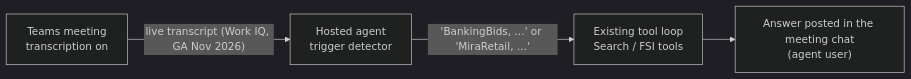
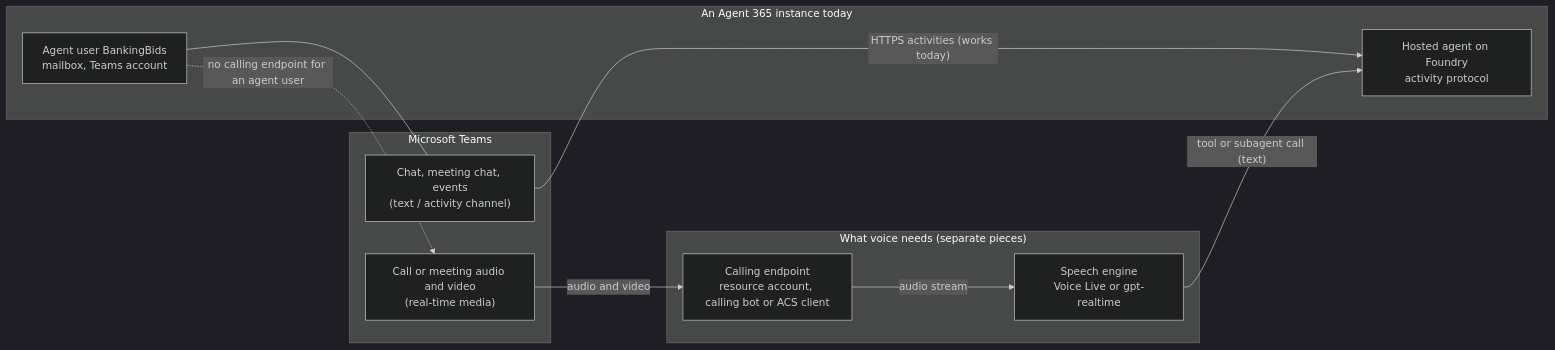
Before and after one commit to san360/foundry-autopilot: the first of 2 diagrams in docs/16-voice-and-meetings.md, drawn with Mermaid (dark theme). The commit also changed other lines of this file and 2 other files, not shown here.

First line of the commit message:
docs(16): re-research Teams voice, meetings and avatars for autopilots (#1)

````diff
--- a/docs/16-voice-and-meetings.md
+++ b/docs/16-voice-and-meetings.md
@@ -120,6 +20,21 @@
 ```mermaid
 flowchart LR
-    MTG["Teams meeting<br/>transcription on"] -- "live transcript (Work IQ, GA Nov 2026)" --> H["Hosted agent<br/>trigger detector"]
-    H -- "'BankingBids, …' or 'MiraRetail, …'" --> LOOP["Existing tool loop<br/>Search / FSI tools"]
-    LOOP --> CHAT["Answer posted in the meeting chat<br/>(agent user)"]
+    subgraph Teams["Microsoft Teams"]
+        CHAT["Chat, meeting chat, events<br/>(text / activity channel)"]
+        MEDIA["Call or meeting audio and video<br/>(real-time media)"]
+    end
+    subgraph Today["An Agent 365 instance today"]
+        AU["Agent user BankingBids<br/>mailbox, Teams account"]
+        HA["Hosted agent on Foundry<br/>activity protocol"]
+    end
+    subgraph Voice["What voice needs (separate pieces)"]
+        EP["Calling endpoint<br/>resource account, calling bot or ACS client"]
+        VL["Speech engine<br/>Voice Live or gpt-realtime"]
+    end
+    CHAT -->|"HTTPS activities (works today)"| HA
+    AU --- CHAT
+    MEDIA -->|"audio and video"| EP
+    EP -->|"audio stream"| VL
+    VL -->|"tool or subagent call (text)"| HA
+    AU -.->|"no calling endpoint for an agent user"| MEDIA
 ```
````
